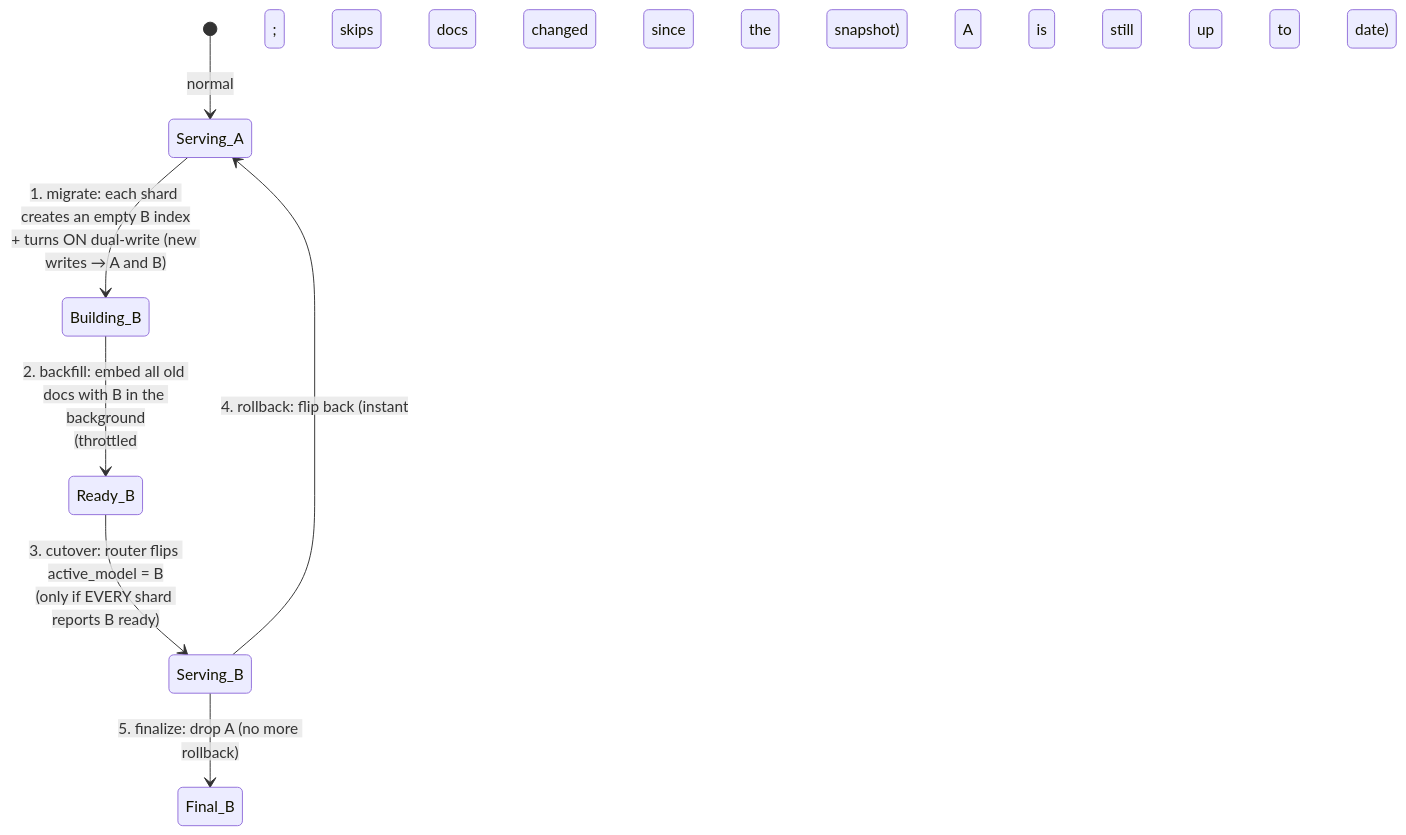
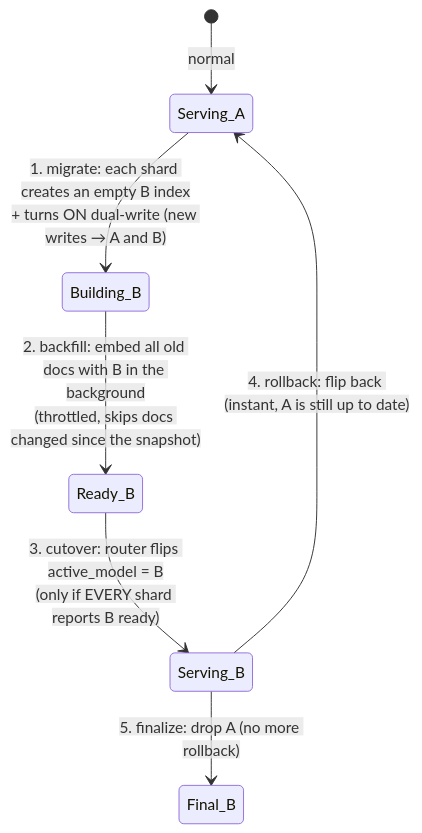
Before and after one commit to node31/fiqa-agentic-retrieval: the sixth of 7 diagrams in docs/from_zero/07_part_b_distributed.md, drawn with Mermaid.

Commit message:
ch07: fix migration state diagram (semicolons split mermaid labels into stray states)

````diff
--- a/docs/from_zero/07_part_b_distributed.md
+++ b/docs/from_zero/07_part_b_distributed.md
@@ -364,9 +364,9 @@
 ```mermaid
 stateDiagram-v2
     [*] --> Serving_A: normal
     Serving_A --> Building_B: 1. migrate: each shard creates an empty B index<br/>+ turns ON dual-write (new writes → A and B)
-    Building_B --> Ready_B: 2. backfill: embed all old docs with B in the background<br/>(throttled; skips docs changed since the snapshot)
+    Building_B --> Ready_B: 2. backfill: embed all old docs with B in the background<br/>(throttled, skips docs changed since the snapshot)
     Ready_B --> Serving_B: 3. cutover: router flips active_model = B<br/>(only if EVERY shard reports B ready)
-    Serving_B --> Serving_A: 4. rollback: flip back (instant; A is still up to date)
+    Serving_B --> Serving_A: 4. rollback: flip back (instant, A is still up to date)
     Serving_B --> Final_B: 5. finalize: drop A (no more rollback)
 ```
````
